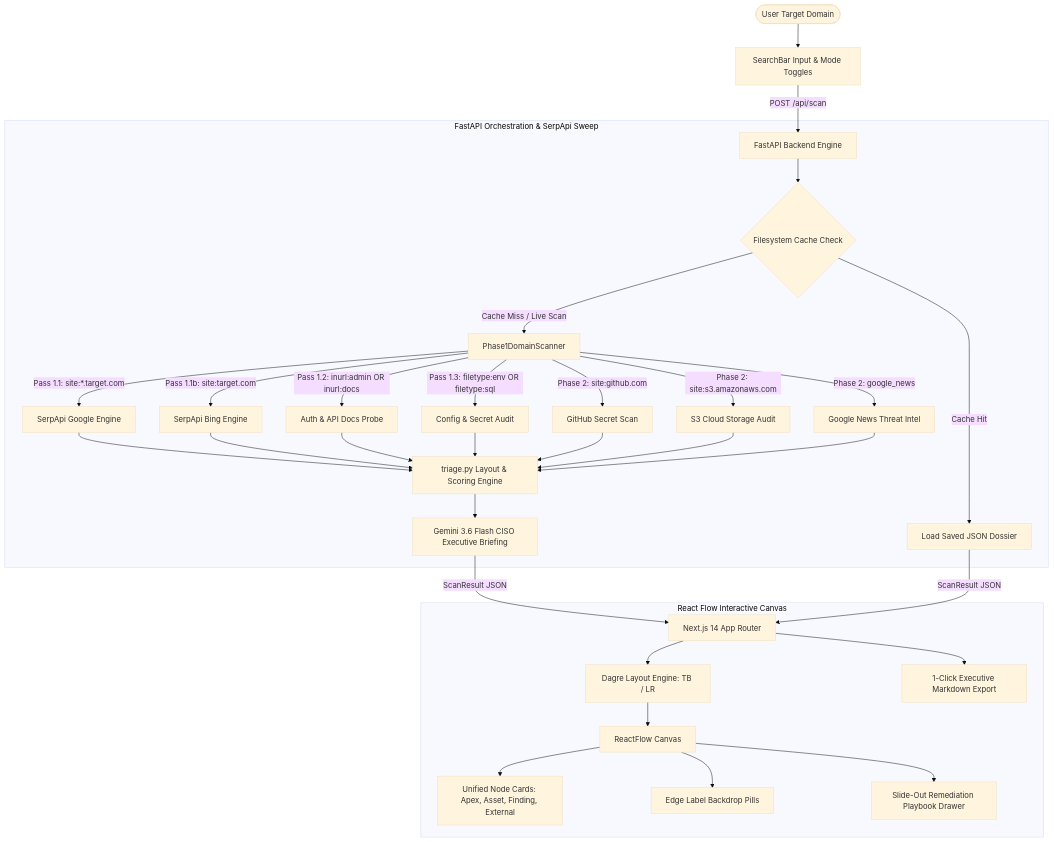
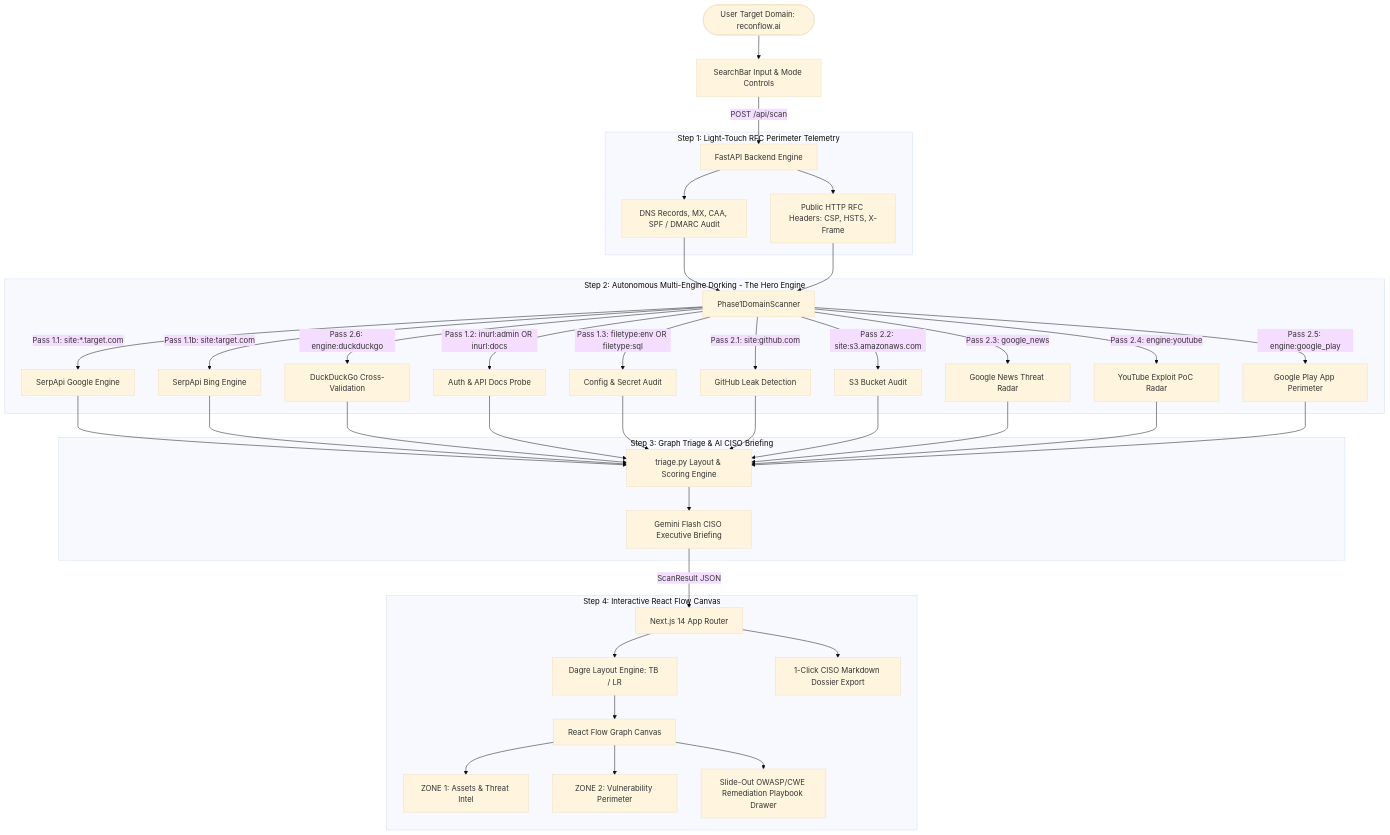
One commit to NVN404/reconflow.ai changed the diagram in README.md. Above: the diagram before and after it, drawn with Mermaid (base theme). The commit also changed other lines of this file and 3 other files, not shown here.

Commit message:
refactor: align terminology to passive search + light-touch telemetry and neutralize demo targets

````diff
--- a/README.md
+++ b/README.md
@@ -29,34 +52,40 @@
 ```mermaid
 graph TD
-    User([User Target Domain]) --> SearchBar[SearchBar Input & Mode Toggles]
+    User([User Target Domain: reconflow.ai]) --> SearchBar[SearchBar Input & Mode Controls]
     SearchBar -->|POST /api/scan| FastAPI[FastAPI Backend Engine]
     
-    subgraph Backend_Engine [FastAPI Orchestration & SerpApi Sweep]
-        FastAPI --> CacheCheck{Filesystem Cache Check}
-        CacheCheck -->|Cache Hit| CachedData[Load Saved JSON Dossier]
-        CacheCheck -->|Cache Miss / Live Scan| Scanner[Phase1DomainScanner]
-        
+    subgraph Baseline_Telemetry [Step 1: Light-Touch RFC Perimeter Telemetry]
+        FastAPI --> DNSSweep[DNS Records, MX, CAA, SPF / DMARC Audit]
+        FastAPI --> HeaderProbe[Public HTTP RFC Headers: CSP, HSTS, X-Frame]
+    end
+
+    subgraph SerpApi_Engine [Step 2: Autonomous Multi-Engine Dorking - The Hero Engine]
+        DNSSweep & HeaderProbe --> Scanner[Phase1DomainScanner]
         Scanner -->|Pass 1.1: site:*.target.com| GoogleSerp[SerpApi Google Engine]
         Scanner -->|Pass 1.1b: site:target.com| BingSerp[SerpApi Bing Engine]
         Scanner -->|Pass 1.2: inurl:admin OR inurl:docs| AuthProbe[Auth & API Docs Probe]
         Scanner -->|Pass 1.3: filetype:env OR filetype:sql| ConfigLeak[Config & Secret Audit]
-        
-        Scanner -->|Phase 2: site:github.com| GitHubLeaks[GitHub Secret Scan]
-        Scanner -->|Phase 2: site:s3.amazonaws.com| S3Scan[S3 Cloud Storage Audit]
-        Scanner -->|Phase 2: google_news| ThreatIntel[Google News Threat Intel]
-        
-        GoogleSerp & BingSerp & AuthProbe & ConfigLeak & GitHubLeaks & S3Scan & ThreatIntel --> GraphLayout[triage.py Layout & Scoring Engine]
-        GraphLayout --> ExecutiveAI[Gemini 3.6 Flash CISO Executive Briefing]
+        Scanner -->|Pass 2.1: site:github.com| GitHubLeaks[GitHub Leak Detection]
+        Scanner -->|Pass 2.2: site:s3.amazonaws.com| S3Scan[S3 Bucket Audit]
+        Scanner -->|Pass 2.3: google_news| ThreatIntel[Google News Threat Radar]
+        Scanner -->|Pass 2.4: engine:youtube| YouTubeRadar[YouTube Exploit PoC Radar]
+        Scanner -->|Pass 2.5: engine:google_play| PlayStoreAudit[Google Play App Perimeter]
+        Scanner -->|Pass 2.6: engine:duckduckgo| DDGValidation[DuckDuckGo Cross-Validation]
+    end
+
+    subgraph Triage_Synthesis [Step 3: Graph Triage & AI CISO Briefing]
+        GoogleSerp & BingSerp & DDGValidation & AuthProbe & ConfigLeak & GitHubLeaks & S3Scan & ThreatIntel & YouTubeRadar & PlayStoreAudit --> Triage[triage.py Layout & Scoring Engine]
+        Triage --> ExecutiveAI[Gemini Flash CISO Executive Briefing]
     end
     
-    ExecutiveAI & CachedData -->|ScanResult JSON| Frontend[Next.js 14 App Router]
+    ExecutiveAI -->|ScanResult JSON| Frontend[Next.js 14 App Router]
     
-    subgraph Frontend_Presentation [React Flow Interactive Canvas]
+    subgraph Frontend_Presentation [Step 4: Interactive React Flow Canvas]
         Frontend --> LayoutEngine[Dagre Layout Engine: TB / LR]
-        LayoutEngine --> GraphCanvas[ReactFlow Canvas]
-        GraphCanvas --> Nodes[Unified Node Cards: Apex, Asset, Finding, External]
-        GraphCanvas --> EdgePills[Edge Label Backdrop Pills]
-        GraphCanvas --> Drawer[Slide-Out Remediation Playbook Drawer]
-        Frontend --> DossierExport[1-Click Executive Markdown Export]
+        LayoutEngine --> GraphCanvas[React Flow Graph Canvas]
+        GraphCanvas --> Zone1[ZONE 1: Assets & Threat Intel]
+        GraphCanvas --> Zone2[ZONE 2: Vulnerability Perimeter]
+        GraphCanvas --> Drawer[Slide-Out OWASP/CWE Remediation Playbook Drawer]
+        Frontend --> DossierExport[1-Click CISO Markdown Dossier Export]
     end
 ```
````
